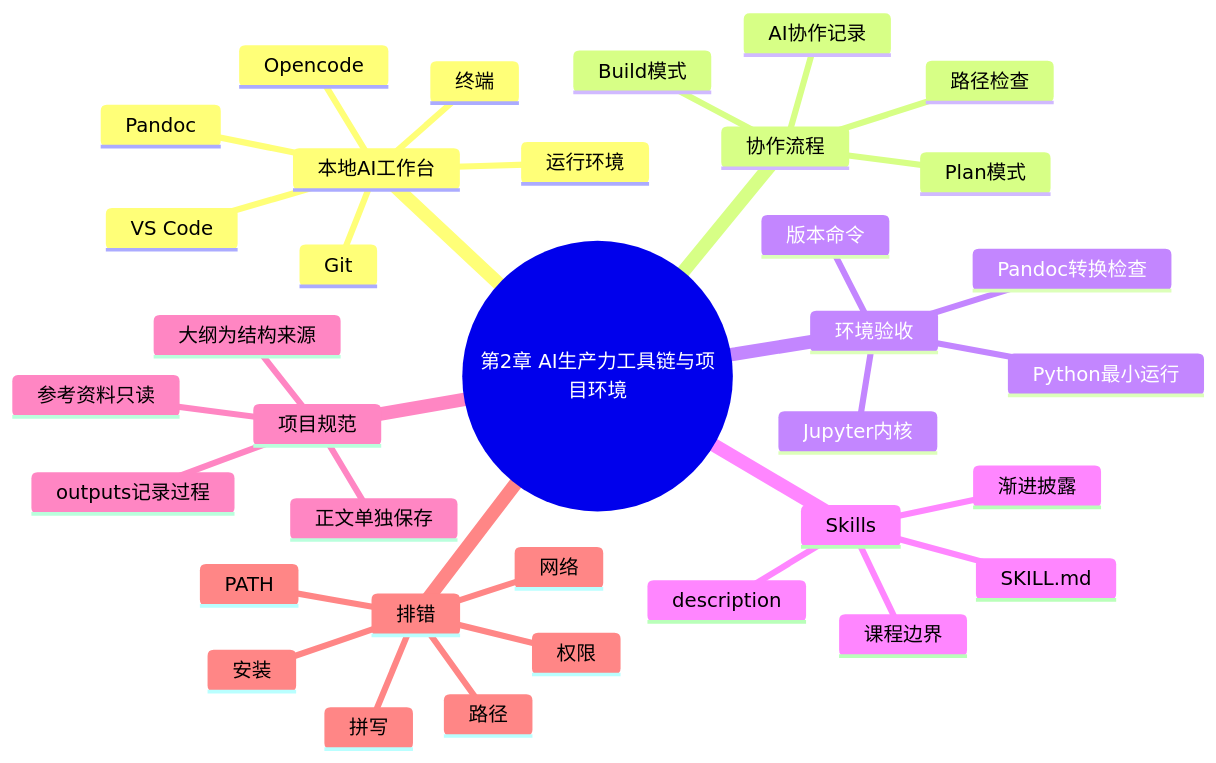
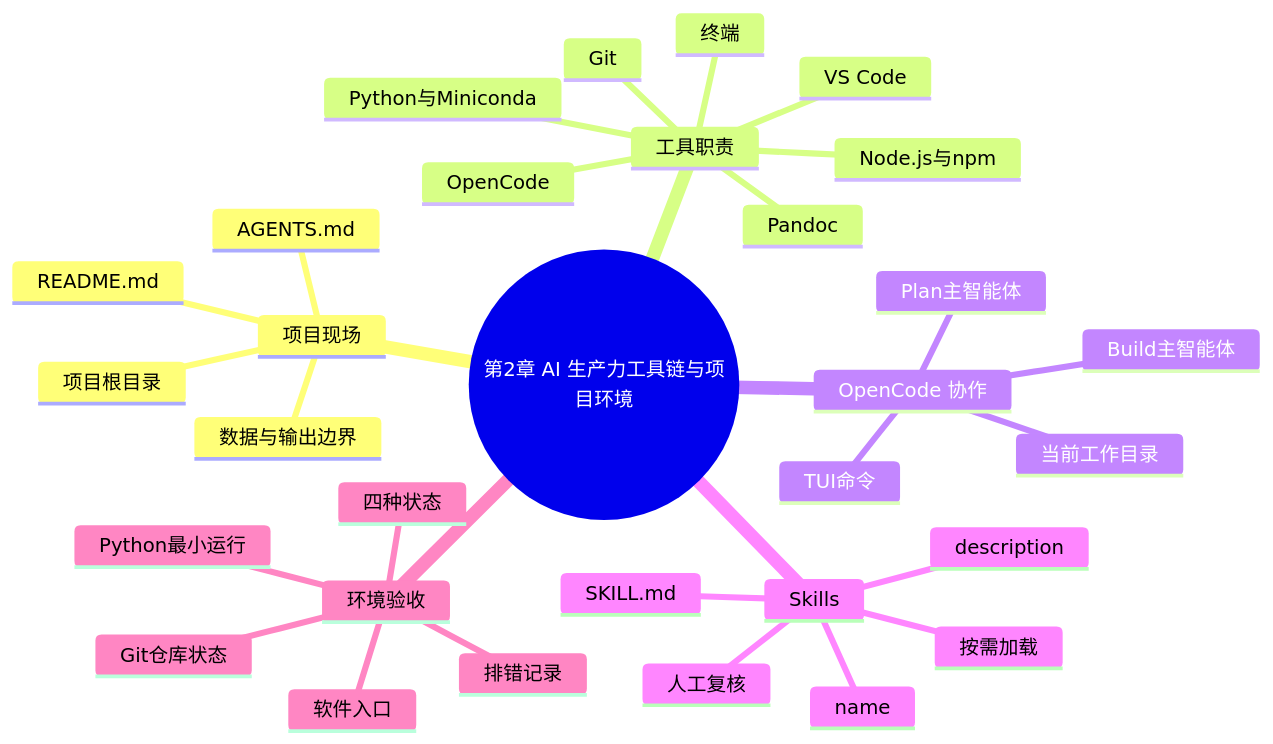
Before and after one commit to luvega/AI_MED_DataVis: the fourth of 4 diagrams in docs/chapters/chapter-2/index.md, drawn with Mermaid. The commit also changed other lines of this file and 84 other files, not shown here.

````diff
--- a/docs/chapters/chapter-2/index.md
+++ b/docs/chapters/chapter-2/index.md
@@ -465,38 +489,34 @@
 ```mermaid
 mindmap
-  root((第2章 AI生产力工具链与项目环境))
-    本地AI工作台
+  root((第2章 AI 生产力工具链与项目环境))
+    项目现场
+      项目根目录
+      README.md
+      AGENTS.md
+      数据与输出边界
+    工具职责
       VS Code
       终端
-      Opencode
-      运行环境
+      OpenCode
+      Python与Miniconda
       Git
+      Node.js与npm
       Pandoc
-    协作流程
-      路径检查
-      Plan模式
-      Build模式
-      AI协作记录
-    环境验收
-      版本命令
-      Python最小运行
-      Jupyter内核
-      Pandoc转换检查
+    OpenCode 协作
+      Plan主智能体
+      Build主智能体
+      当前工作目录
+      TUI命令
     Skills
       SKILL.md
+      name
       description
-      渐进披露
-      课程边界
-    项目规范
-      参考资料只读
-      大纲为结构来源
-      正文单独保存
-      outputs记录过程
-    排错
-      路径
-      拼写
-      安装
-      权限
-      网络
-      PATH
+      按需加载
+      人工复核
+    环境验收
+      软件入口
+      Git仓库状态
+      Python最小运行
+      四种状态
+      排错记录
 ```
````
